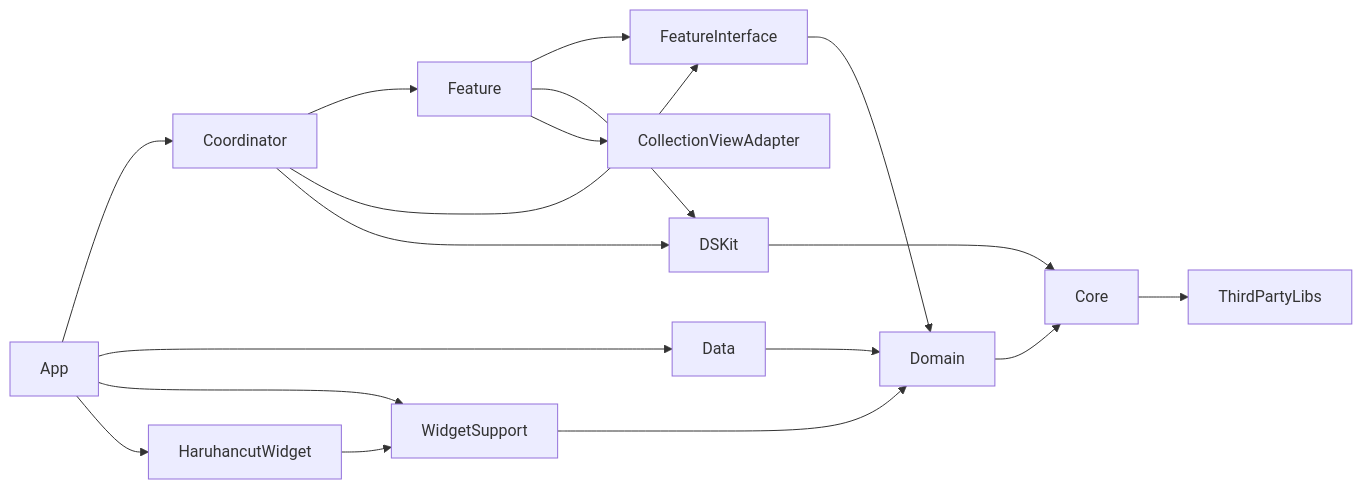
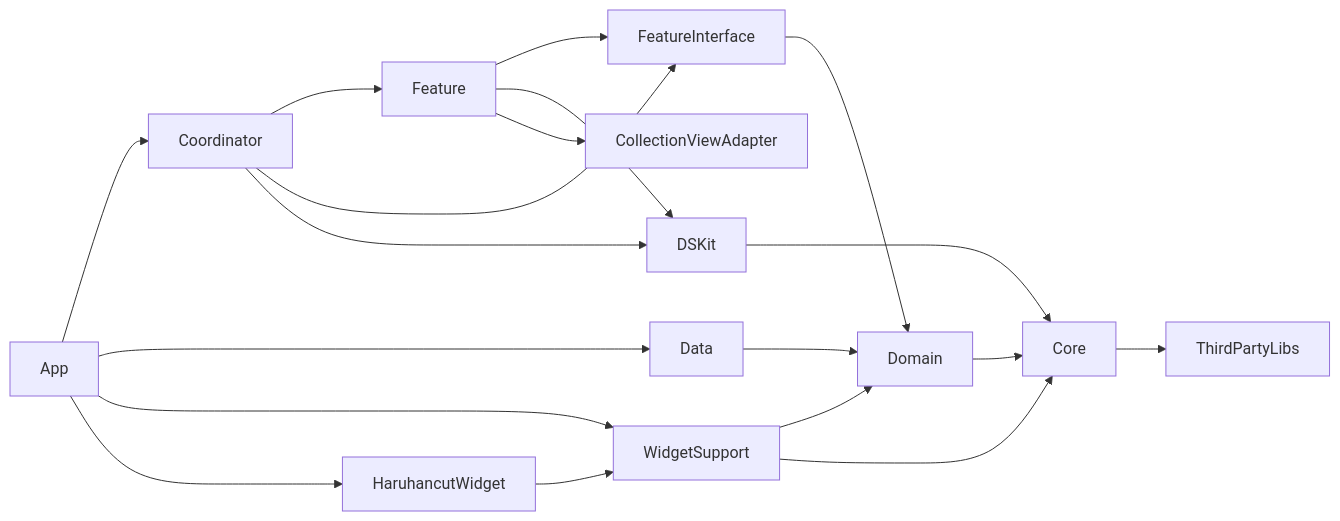
One commit to team-GitDeulida/Haruhancut-V2 changed the diagram in docs/architecture/architecture.md. Above: the diagram before and after it, drawn with Mermaid. The commit also changed other lines of this file and 44 other files, not shown here.

````diff
--- a/docs/architecture/architecture.md
+++ b/docs/architecture/architecture.md
@@ -132,20 +138,21 @@
 ```mermaid
 flowchart LR
     App --> Coordinator
     App --> Data
     App --> WidgetSupport
     App --> HaruhancutWidget
     HaruhancutWidget --> WidgetSupport
     Coordinator --> Feature
     Coordinator --> FeatureInterface
     Coordinator --> DSKit
     Feature --> FeatureInterface
     Feature --> DSKit
     Feature --> CollectionViewAdapter
     FeatureInterface --> Domain
     Data --> Domain
     WidgetSupport --> Domain
+    WidgetSupport --> Core
     Domain --> Core
     DSKit --> Core
     Core --> ThirdPartyLibs
 ```
````
